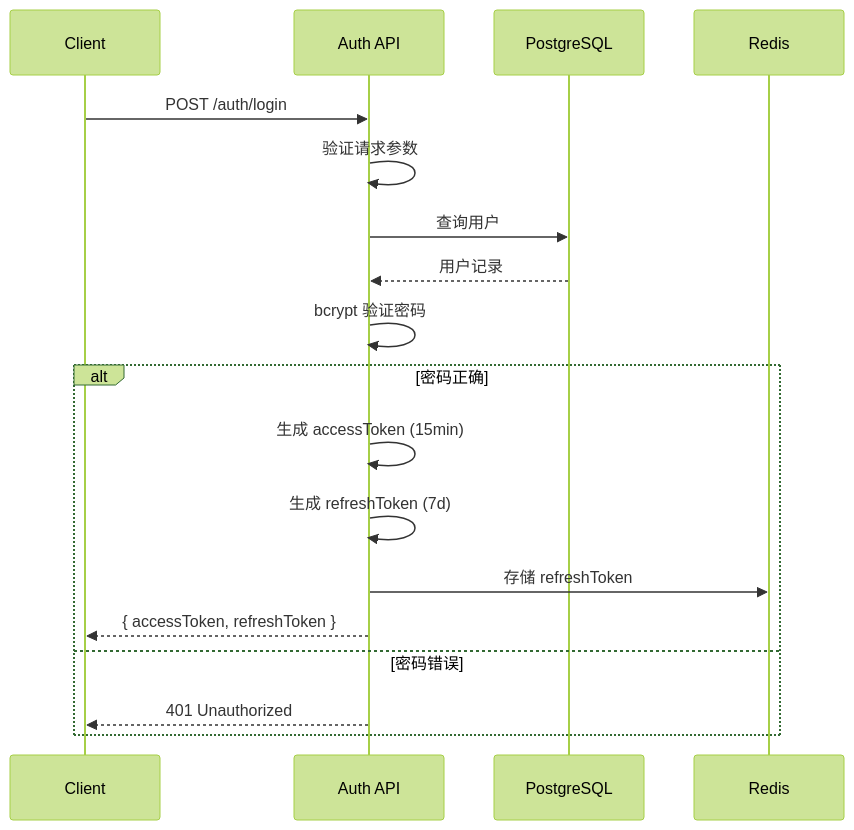
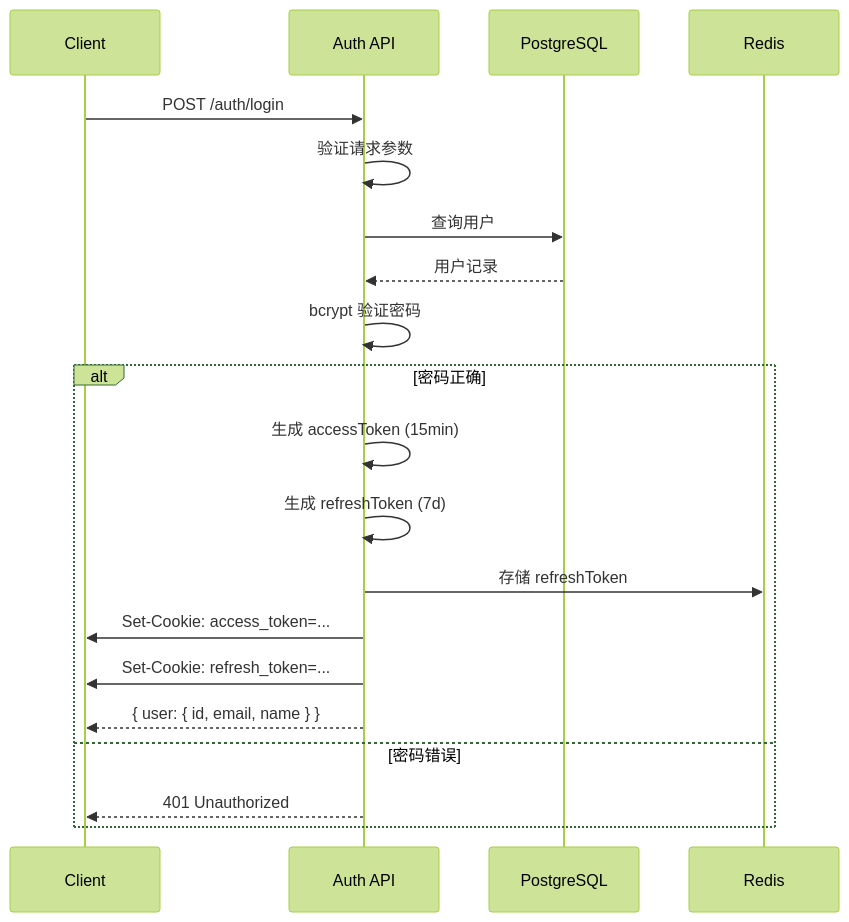
Before and after one commit to monazite1s/SyncDoc: the first of 2 diagrams in docs/02-security/authentication.md, drawn with Mermaid (forest theme). The commit also changed other lines of this file and 57 other files, not shown here.

````diff
--- a/docs/02-security/authentication.md
+++ b/docs/02-security/authentication.md
@@ -11,22 +11,24 @@
 ```mermaid
 sequenceDiagram
     participant C as Client
     participant A as Auth API
     participant DB as PostgreSQL
     participant R as Redis
 
     C->>A: POST /auth/login
     A->>A: 验证请求参数
     A->>DB: 查询用户
     DB-->>A: 用户记录
     A->>A: bcrypt 验证密码
 
     alt 密码正确
         A->>A: 生成 accessToken (15min)
         A->>A: 生成 refreshToken (7d)
         A->>R: 存储 refreshToken
-        A-->>C: { accessToken, refreshToken }
+        A->>C: Set-Cookie: access_token=...
+        A->>C: Set-Cookie: refresh_token=...
+        A-->>C: { user: { id, email, name } }
     else 密码错误
         A-->>C: 401 Unauthorized
     end
 ```
````
